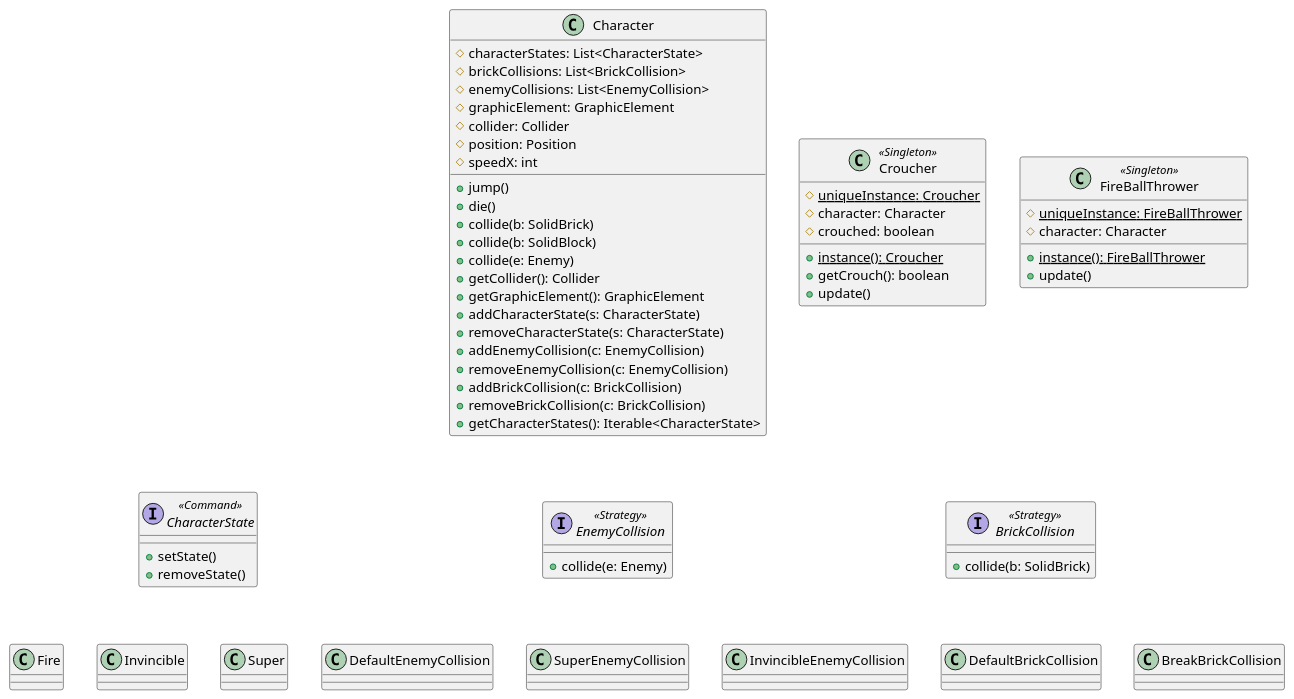
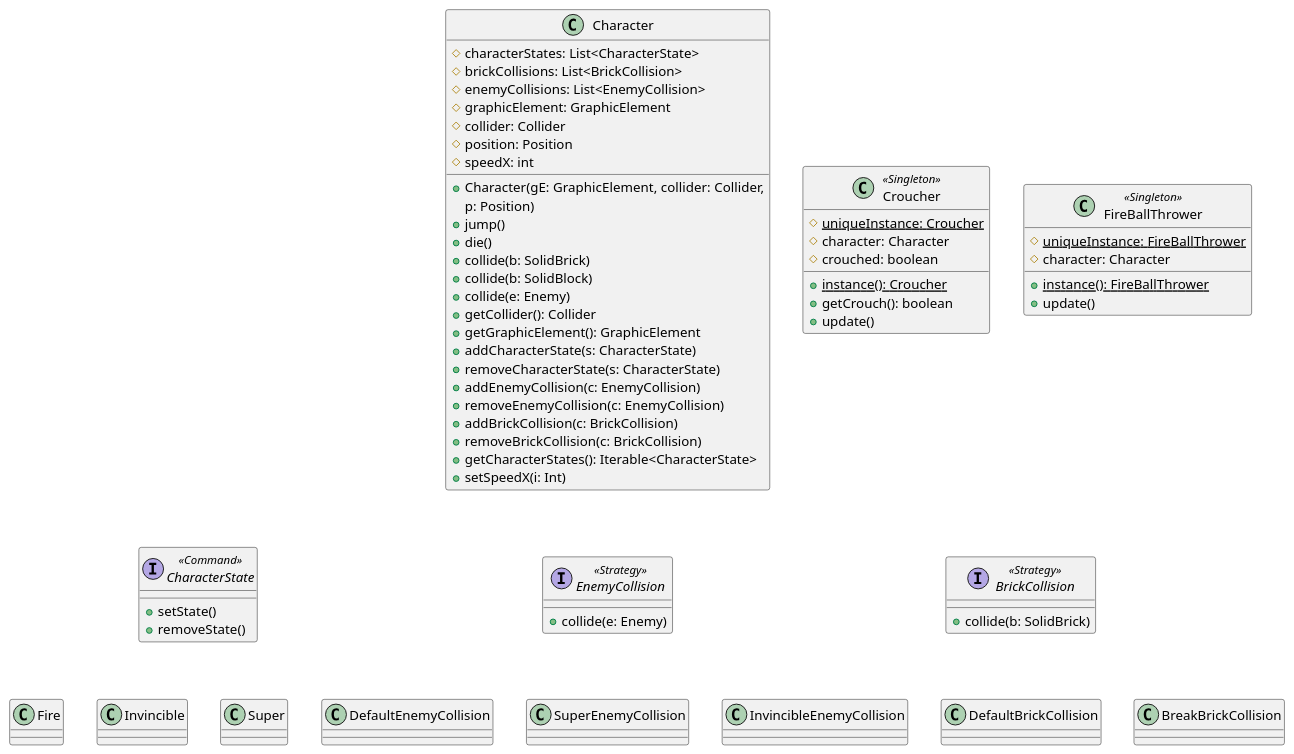
The diagram in Diagramas/diagramas/diagrama-extendido-character.puml (giuli635/SuperMarioBros), drawn with PlantUML before and after one commit. The commit also changed 4 other files, not shown here.

```diff
--- a/Diagramas/diagramas/diagrama-extendido-character.puml
+++ b/Diagramas/diagramas/diagrama-extendido-character.puml
@@ -1,72 +1,75 @@
 @startuml
 class Character {
     #characterStates: List<CharacterState>
     #brickCollisions: List<BrickCollision>
     #enemyCollisions: List<EnemyCollision>
     #graphicElement: GraphicElement
     #collider: Collider
     #position: Position
     #speedX: int
+    +Character(gE: GraphicElement, collider: Collider, 
+    p: Position)
     +jump()
     +die()
     +collide(b: SolidBrick)
     +collide(b: SolidBlock)
     +collide(e: Enemy)
     +getCollider(): Collider
     +getGraphicElement(): GraphicElement
     +addCharacterState(s: CharacterState)
     +removeCharacterState(s: CharacterState)
     +addEnemyCollision(c: EnemyCollision)
     +removeEnemyCollision(c: EnemyCollision)
     +addBrickCollision(c: BrickCollision)
     +removeBrickCollision(c: BrickCollision)
     +getCharacterStates(): Iterable<CharacterState>
+    +setSpeedX(i: Int)
 }
 
 interface BrickCollision <<Strategy>> {
     +collide(b: SolidBrick)
 }
 
 DefaultBrickCollision .u[hidden].|> BrickCollision
 BreakBrickCollision .u[hidden].|> BrickCollision
 
 interface EnemyCollision <<Strategy>> {
     +collide(e: Enemy)
 }
 
 DefaultEnemyCollision .u[hidden].|> EnemyCollision
 SuperEnemyCollision .u[hidden].|> EnemyCollision
 InvincibleEnemyCollision .u[hidden].|> EnemyCollision
 
 together {
     class FireBallThrower <<Singleton>> {
         #{static} uniqueInstance: FireBallThrower
         +{static} instance(): FireBallThrower
         #character: Character
         +update()
     }
 
     class Croucher <<Singleton>> {
         #{static} uniqueInstance: Croucher
         +{static} instance(): Croucher
         #character: Character
         #crouched: boolean
         +getCrouch(): boolean
         +update()
     }
 }
 
 interface CharacterState <<Command>> {
     +setState()
     +removeState()
 }
 
 Fire .u[hidden].|> CharacterState
 Invincible .u[hidden].|> CharacterState
 Super .u[hidden].|> CharacterState
 
 ' FORMATTING
 Character -d[hidden]-> BrickCollision
 Character -d[hidden]-> EnemyCollision
 Character -d[hidden]-> CharacterState
 @enduml
```
